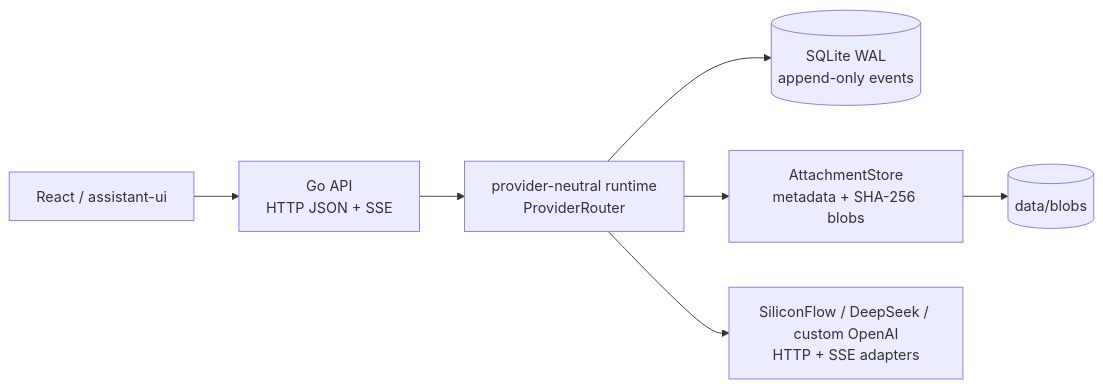
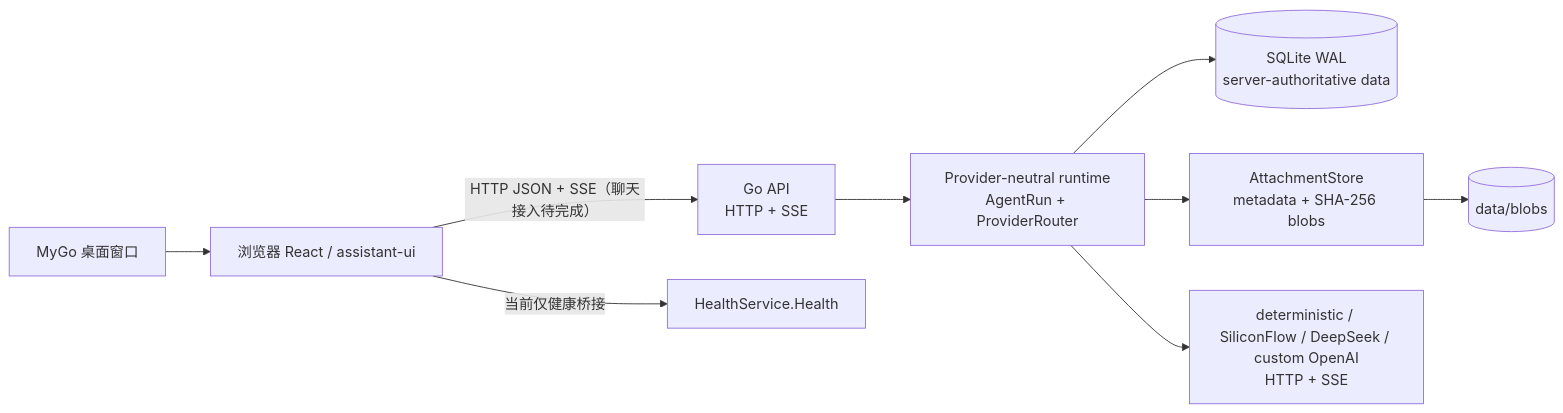
The diagram in README.md (BA7MLV/DeepStudent-Go), drawn with Mermaid before and after one commit. The commit also changed other lines of this file and 13 other files, not shown here.

````diff
--- a/README.md
+++ b/README.md
@@ -77,9 +32,11 @@
 ```mermaid
 flowchart LR
-  UI[React / assistant-ui] --> API[Go API\nHTTP JSON + SSE]
-  API --> RT[provider-neutral runtime\nProviderRouter]
-  RT --> DB[(SQLite WAL\nappend-only events)]
-  RT --> B[AttachmentStore\nmetadata + SHA-256 blobs]
-  RT --> X[SiliconFlow / DeepSeek / custom OpenAI\nHTTP + SSE adapters]
-  B --> FS[(data/blobs)]
+  WEB[浏览器 React / assistant-ui] -->|HTTP JSON + SSE（聊天接入待完成）| API[Go API\nHTTP + SSE]
+  DESKTOP[MyGo 桌面窗口] --> WEB
+  WEB -->|当前仅健康桥接| HEALTH[HealthService.Health]
+  API --> RT[Provider-neutral runtime\nAgentRun + ProviderRouter]
+  RT --> DB[(SQLite WAL\nserver-authoritative data)]
+  RT --> BLOB[AttachmentStore\nmetadata + SHA-256 blobs]
+  RT --> P[deterministic / SiliconFlow / DeepSeek / custom OpenAI\nHTTP + SSE]
+  BLOB --> FS[(data/blobs)]
 ```
````
